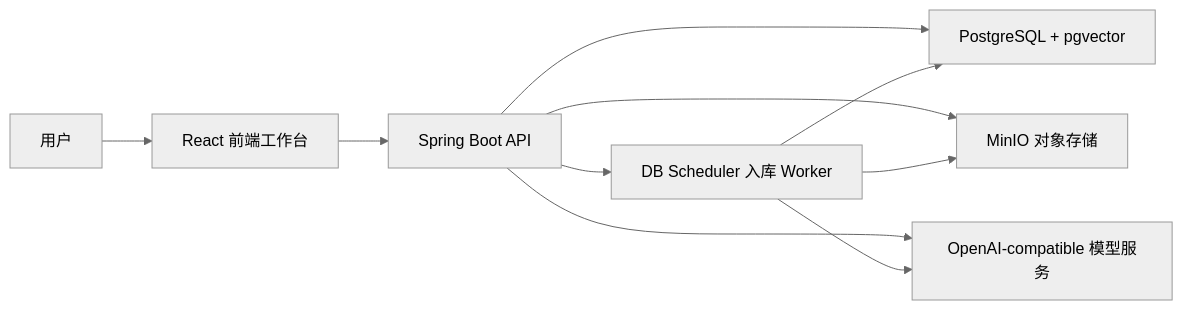
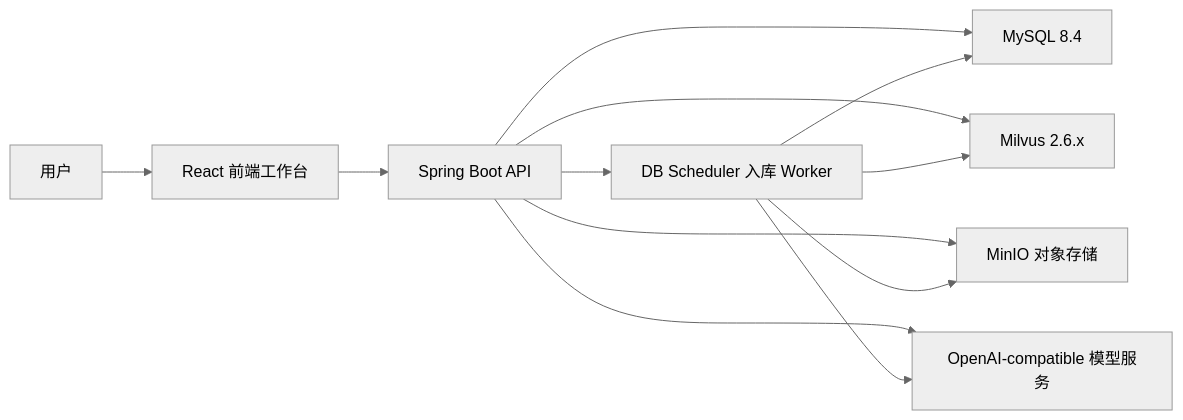
The first of 2 diagrams in docs/02-architecture.md (sbw-better/rag-knowledge-base), drawn with Mermaid (neutral theme) before and after one commit. The commit also changed other lines of this file and 88 other files, not shown here.

````diff
--- a/docs/02-architecture.md
+++ b/docs/02-architecture.md
@@ -7,12 +7,14 @@
 ```mermaid
 flowchart LR
   U["用户"] --> FE["React 前端工作台"]
   FE --> API["Spring Boot API"]
-  API --> PG["PostgreSQL + pgvector"]
+  API --> DB["MySQL 8.4"]
+  API --> Milvus["Milvus 2.6.x"]
   API --> IO["MinIO 对象存储"]
   API --> LLM["OpenAI-compatible 模型服务"]
   API --> W["DB Scheduler 入库 Worker"]
   W --> IO
-  W --> PG
+  W --> DB
+  W --> Milvus
   W --> LLM
 ```
````
